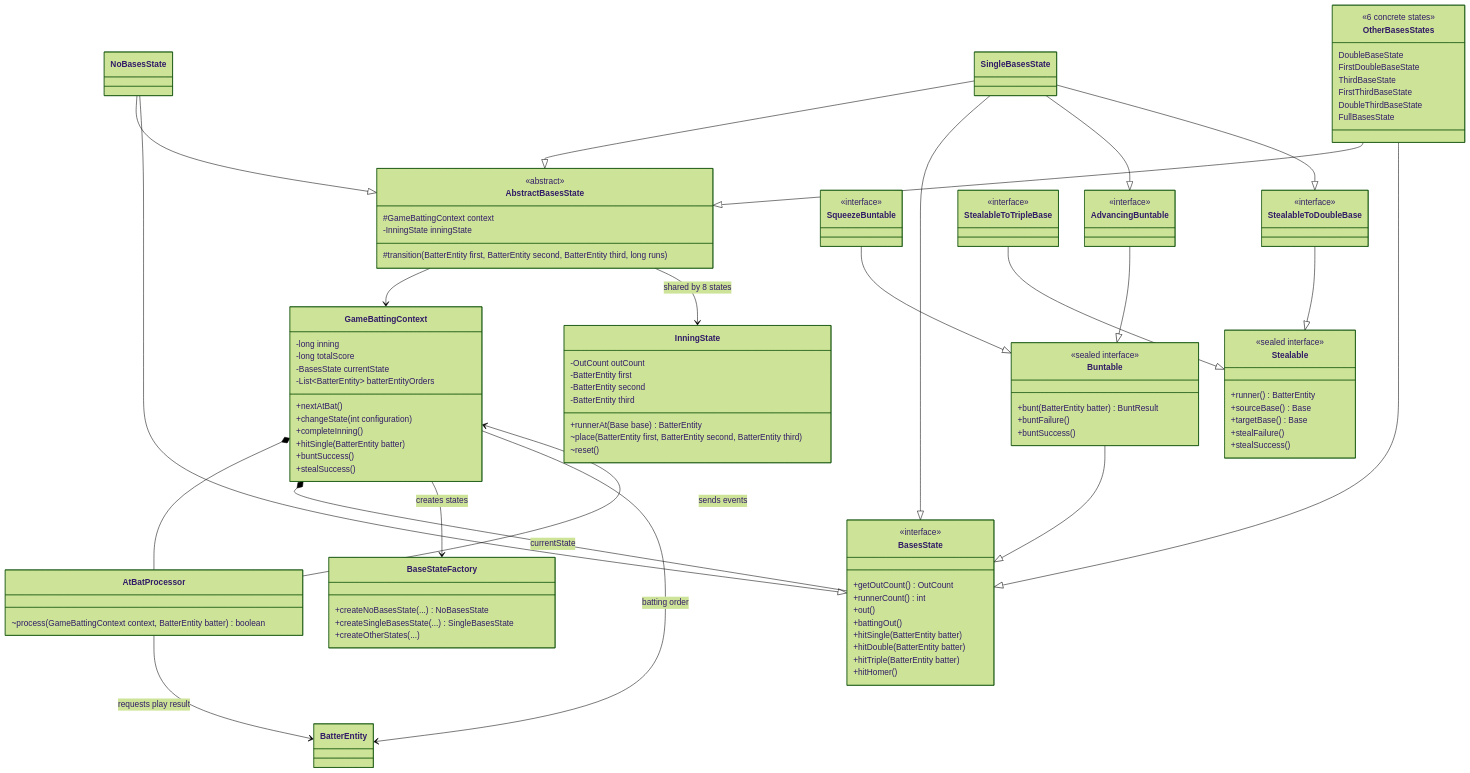
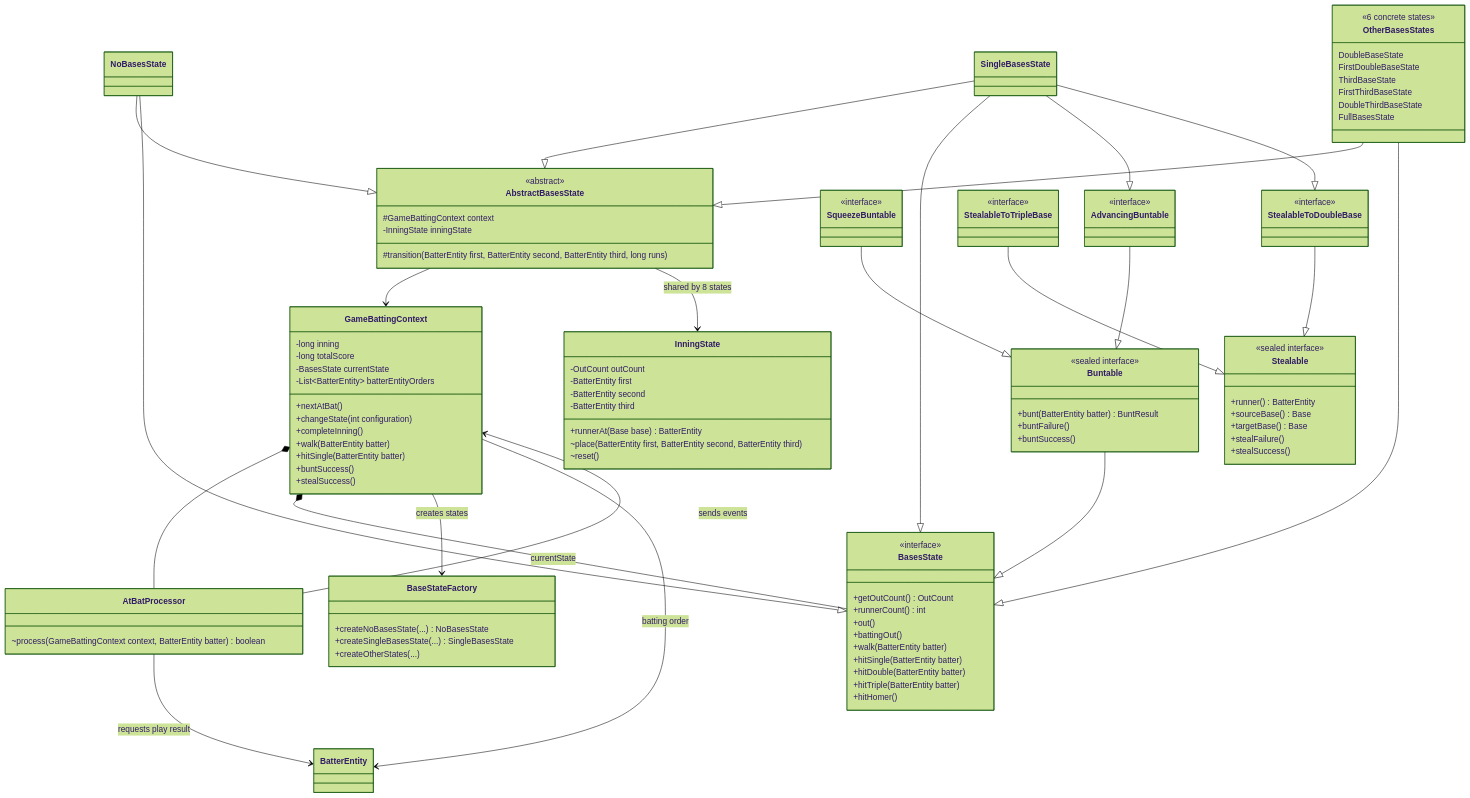
Before and after one commit to midetaro/baseball-orders: the first of 3 diagrams in apps/simulator/README.md, drawn with Mermaid (forest theme). The commit also changed other lines of this file and 22 other files, not shown here.

```diff
--- a/apps/simulator/README.md
+++ b/apps/simulator/README.md
@@ -18,6 +18,7 @@
         +nextAtBat()
         +changeState(int configuration)
         +completeInning()
+        +walk(BatterEntity batter)
         +hitSingle(BatterEntity batter)
         +buntSuccess()
         +stealSuccess()
@@ -33,6 +34,7 @@
         +runnerCount() int
         +out()
         +battingOut()
+        +walk(BatterEntity batter)
         +hitSingle(BatterEntity batter)
         +hitDouble(BatterEntity batter)
         +hitTriple(BatterEntity batter)
```
